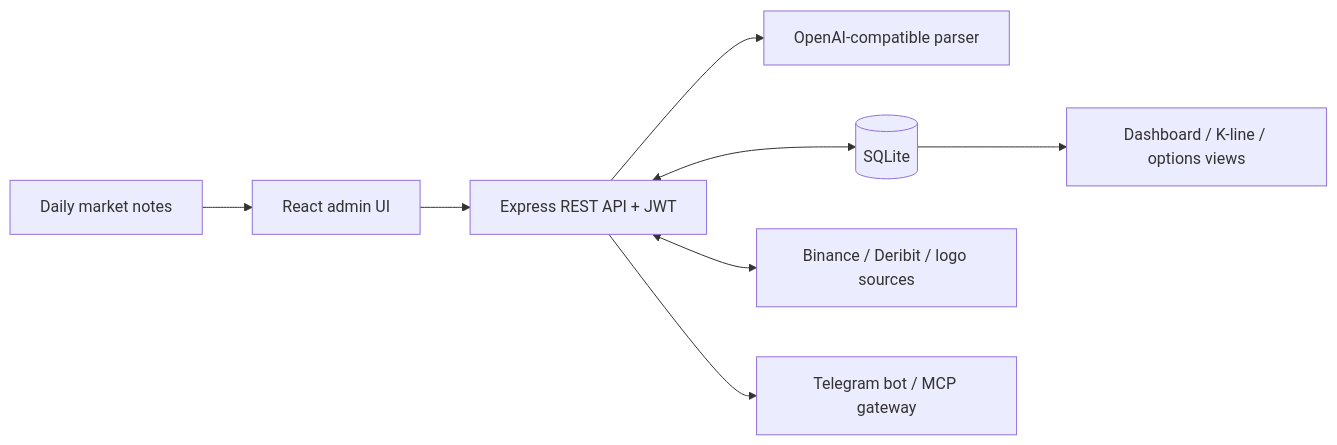
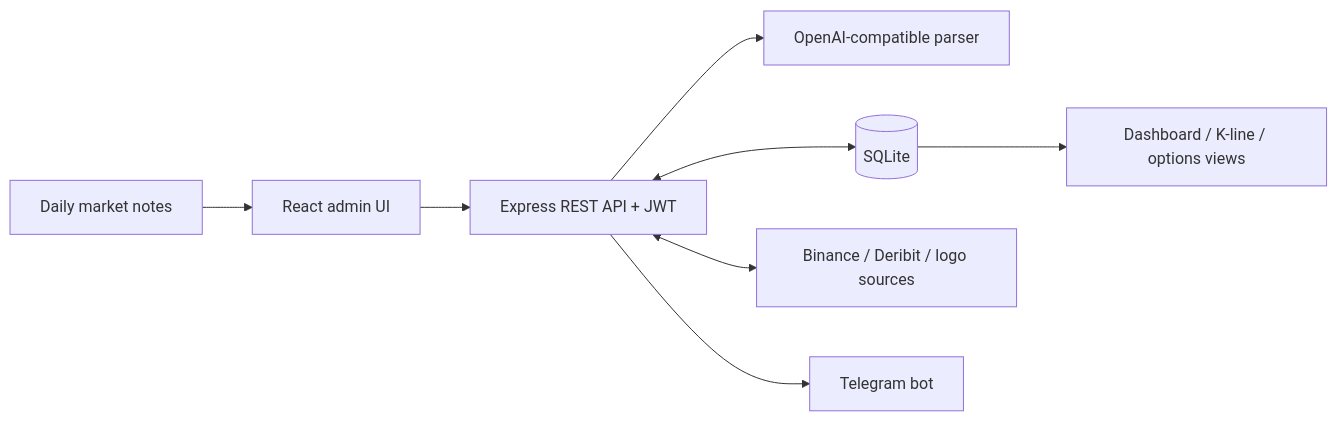
The diagram in README.md (Linon419/crypto-metrics-dashboard), drawn with Mermaid before and after one commit. The commit also changed other lines of this file and 12 other files, not shown here.

First line of the commit message:
refactor(mcp)!: 移除 HTTP MCP Gateway

````diff
--- a/README.md
+++ b/README.md
@@ -54,10 +54,10 @@
 ```mermaid
 flowchart LR
     Input["Daily market notes"] --> UI["React admin UI"]
     UI --> API["Express REST API + JWT"]
     API --> Parser["OpenAI-compatible parser"]
     API <--> DB[(SQLite)]
     API <--> Market["Binance / Deribit / logo sources"]
     DB --> Views["Dashboard / K-line / options views"]
-    API --> Integrations["Telegram bot / MCP gateway"]
+    API --> Integrations["Telegram bot"]
 ```
````
